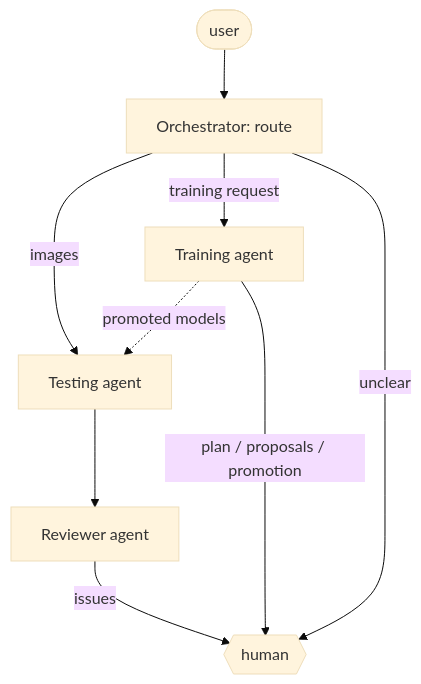
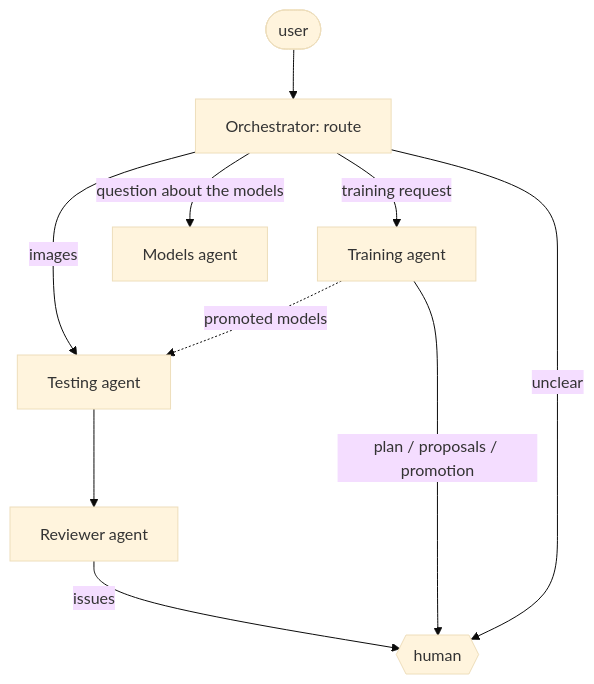
The diagram in README.md (EmanueleDamiano/DermaMNIST-agentic_project), drawn with Mermaid (base theme) before and after one commit. The commit also changed other lines of this file and 11 other files, not shown here.

````diff
--- a/README.md
+++ b/README.md
@@ -17,10 +18,11 @@
 ```mermaid
 graph TD
   U([user]) --> O[Orchestrator: route]
   O -- images --> T[Testing agent] --> R[Reviewer agent]
   R -- issues --> H{{human}}
   O -- training request --> TR[Training agent]
   TR -- plan / proposals / promotion --> H
+  O -- question about the models --> M[Models agent]
   O -- unclear --> H
   TR -. promoted models .-> T
 ```
````
